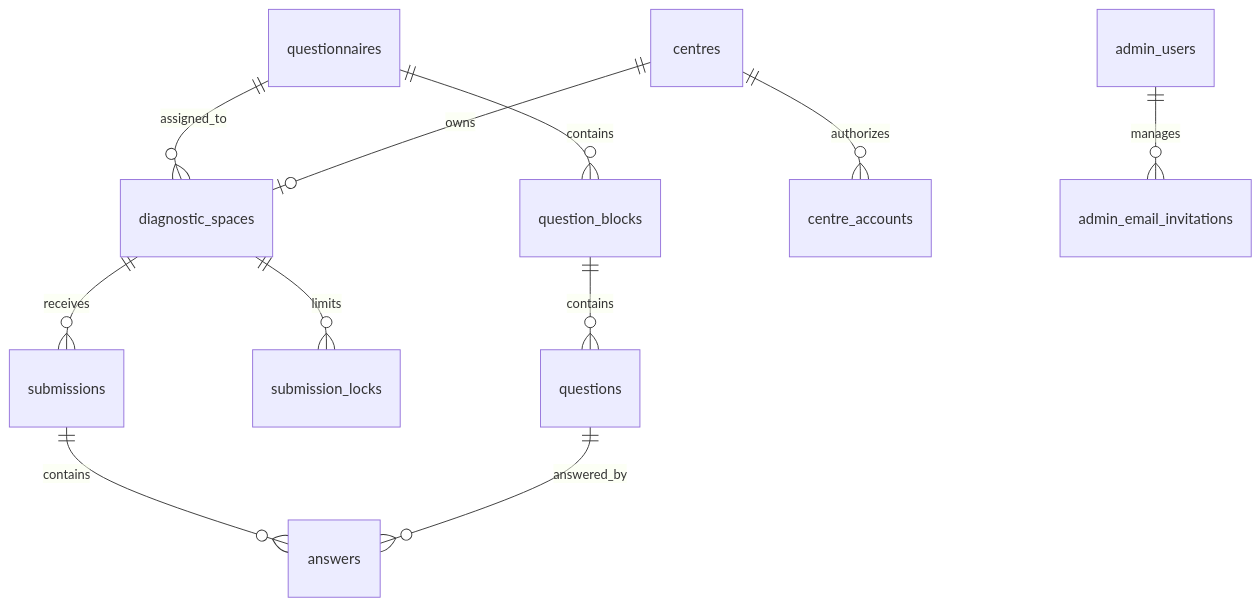
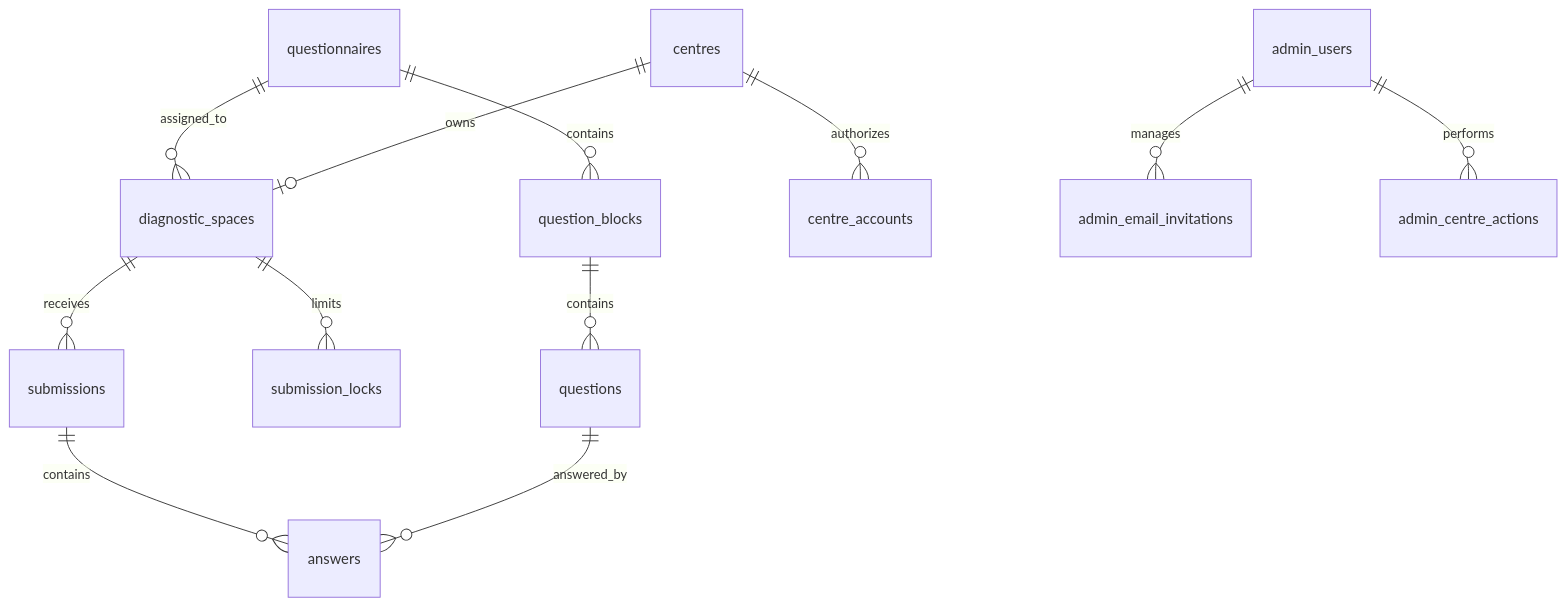
The diagram in docs/DATABASE_SCHEMA.md (rbarrachina/diagnosi-ia), drawn with Mermaid before and after one commit. The commit also changed other lines of this file and 62 other files, not shown here.

````diff
--- a/docs/DATABASE_SCHEMA.md
+++ b/docs/DATABASE_SCHEMA.md
@@ -22,13 +22,14 @@
 ```mermaid
 erDiagram
   questionnaires ||--o{ question_blocks : contains
   question_blocks ||--o{ questions : contains
   questionnaires ||--o{ diagnostic_spaces : assigned_to
   centres ||--o{ centre_accounts : authorizes
   centres ||--o| diagnostic_spaces : owns
   diagnostic_spaces ||--o{ submission_locks : limits
   diagnostic_spaces ||--o{ submissions : receives
   submissions ||--o{ answers : contains
   questions ||--o{ answers : answered_by
   admin_users ||--o{ admin_email_invitations : manages
+  admin_users ||--o{ admin_centre_actions : performs
 ```
````
